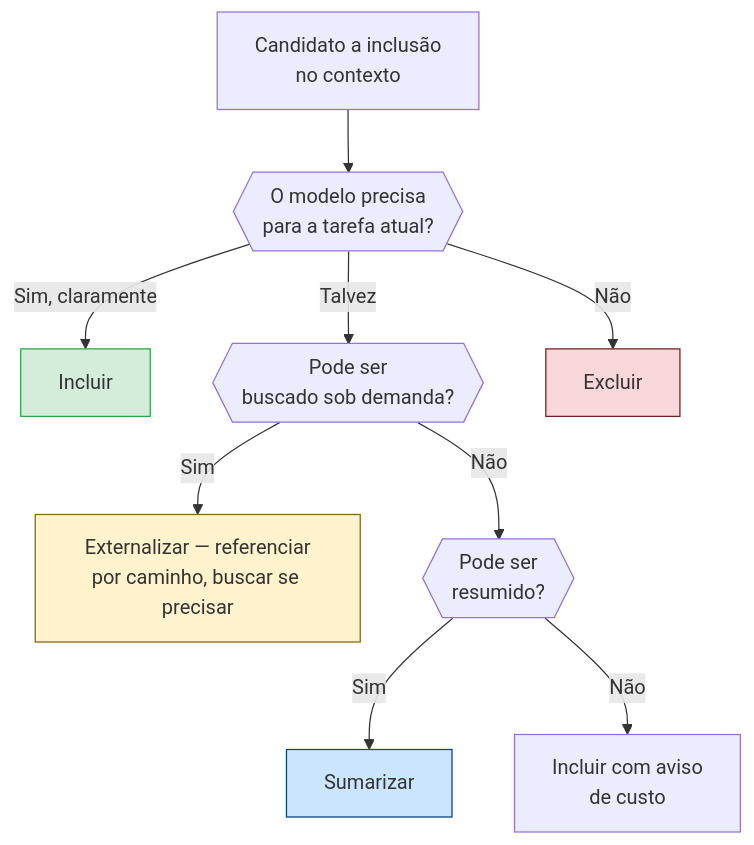
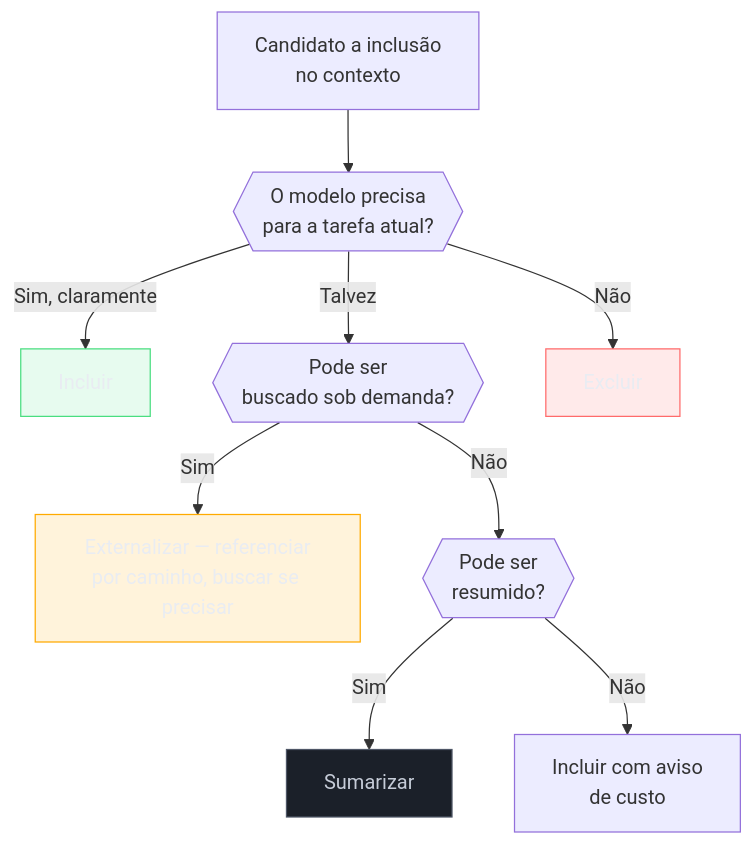
Before and after one commit to josenaldo/codex-technomanticus: the second of 2 diagrams in 03-Dominios/Tecnologia/IA/Economia de Tokens/06 - Context pruning — o que remover do prompt.md, drawn with Mermaid. The commit also changed other lines of this file and 1181 other files, not shown here.

First line of the commit message:
fix(diagramas): paleta do sistema no lugar de cor cravada no markdown

````diff
--- a/03-Dominios/Tecnologia/IA/Economia de Tokens/06 - Context pruning — o que remover do prompt.md
+++ b/03-Dominios/Tecnologia/IA/Economia de Tokens/06 - Context pruning — o que remover do prompt.md
@@ -253,16 +256,20 @@
 ```mermaid
 flowchart TD
+    classDef ok fill:#4ADE8021,stroke:#4ADE80,color:#E9ECF2
+    classDef falha fill:#FF6B6B24,stroke:#FF6B6B,color:#E9ECF2
+    classDef destaque fill:#FFAA0024,stroke:#FFAA00,color:#E9ECF2
+    classDef neutro fill:#1B2029,stroke:#4E5666,color:#C6CCD8
     A["Candidato a inclusão\nno contexto"] --> B{{"O modelo precisa\npara a tarefa atual?"}}
     B -- "Sim, claramente" --> C["Incluir"]
     B -- "Talvez" --> D{{"Pode ser\nbuscado sob demanda?"}}
     B -- "Não" --> E["Excluir"]
     D -- "Sim" --> F["Externalizar — referenciar\npor caminho, buscar se precisar"]
     D -- "Não" --> G{{"Pode ser\nresumido?"}}
     G -- "Sim" --> H["Sumarizar"]
     G -- "Não" --> I["Incluir com aviso\nde custo"]
 
-    style C fill:#d4edda,stroke:#28a745
-    style E fill:#f8d7da,stroke:#721c24
-    style F fill:#fff3cd,stroke:#856404
-    style H fill:#cce5ff,stroke:#004085
+    class C ok
+    class E falha
+    class F destaque
+    class H neutro
 ```
````
